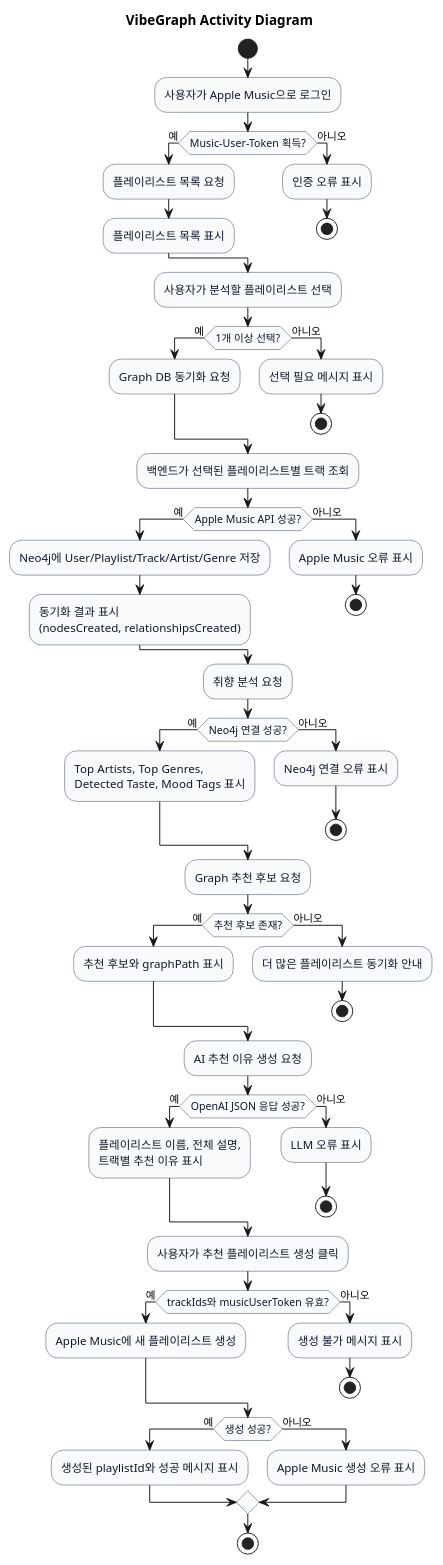
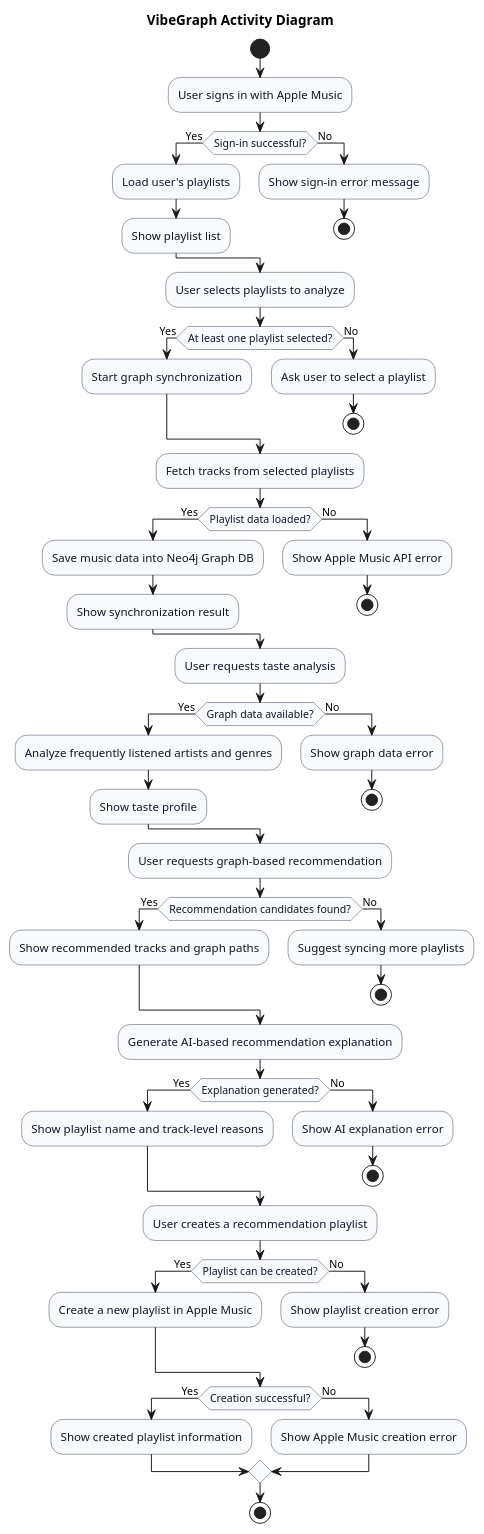
Before and after one commit to minyoy/VibeGraph: the diagram in docs/03_activity.puml, drawn with PlantUML. The commit also changed 3 other files, not shown here.

Commit message:
Translate UML docs to English and clarify models

```diff
--- a/docs/03_activity.puml
+++ b/docs/03_activity.puml
@@ -1,78 +1,79 @@
 @startuml
 title VibeGraph Activity Diagram
 
 skinparam shadowing false
 skinparam activity {
-  BackgroundColor #F8FAFC
-  BorderColor #334155
-  FontColor #0F172A
+BackgroundColor #F8FAFC
+BorderColor #334155
+FontColor #0F172A
 }
 
 start
 
-:사용자가 Apple Music으로 로그인;
-if (Music-User-Token 획득?) then (예)
-  :플레이리스트 목록 요청;
-  :플레이리스트 목록 표시;
-else (아니오)
-  :인증 오류 표시;
-  stop
+:User signs in with Apple Music;
+if (Sign-in successful?) then (Yes)
+:Load user's playlists;
+:Show playlist list;
+else (No)
+:Show sign-in error message;
+stop
 endif
 
-:사용자가 분석할 플레이리스트 선택;
-if (1개 이상 선택?) then (예)
-  :Graph DB 동기화 요청;
-else (아니오)
-  :선택 필요 메시지 표시;
-  stop
+:User selects playlists to analyze;
+if (At least one playlist selected?) then (Yes)
+:Start graph synchronization;
+else (No)
+:Ask user to select a playlist;
+stop
 endif
 
-:백엔드가 선택된 플레이리스트별 트랙 조회;
-if (Apple Music API 성공?) then (예)
-  :Neo4j에 User/Playlist/Track/Artist/Genre 저장;
-  :동기화 결과 표시\n(nodesCreated, relationshipsCreated);
-else (아니오)
-  :Apple Music 오류 표시;
-  stop
+:Fetch tracks from selected playlists;
+if (Playlist data loaded?) then (Yes)
+:Save music data into Neo4j Graph DB;
+:Show synchronization result;
+else (No)
+:Show Apple Music API error;
+stop
 endif
 
-:취향 분석 요청;
-if (Neo4j 연결 성공?) then (예)
-  :Top Artists, Top Genres,\nDetected Taste, Mood Tags 표시;
-else (아니오)
-  :Neo4j 연결 오류 표시;
-  stop
+:User requests taste analysis;
+if (Graph data available?) then (Yes)
+:Analyze frequently listened artists and genres;
+:Show taste profile;
+else (No)
+:Show graph data error;
+stop
 endif
 
-:Graph 추천 후보 요청;
-if (추천 후보 존재?) then (예)
-  :추천 후보와 graphPath 표시;
-else (아니오)
-  :더 많은 플레이리스트 동기화 안내;
-  stop
+:User requests graph-based recommendation;
+if (Recommendation candidates found?) then (Yes)
+:Show recommended tracks and graph paths;
+else (No)
+:Suggest syncing more playlists;
+stop
 endif
 
-:AI 추천 이유 생성 요청;
-if (OpenAI JSON 응답 성공?) then (예)
-  :플레이리스트 이름, 전체 설명,\n트랙별 추천 이유 표시;
-else (아니오)
-  :LLM 오류 표시;
-  stop
+:Generate AI-based recommendation explanation;
+if (Explanation generated?) then (Yes)
+:Show playlist name and track-level reasons;
+else (No)
+:Show AI explanation error;
+stop
 endif
 
-:사용자가 추천 플레이리스트 생성 클릭;
-if (trackIds와 musicUserToken 유효?) then (예)
-  :Apple Music에 새 플레이리스트 생성;
-else (아니오)
-  :생성 불가 메시지 표시;
-  stop
+:User creates a recommendation playlist;
+if (Playlist can be created?) then (Yes)
+:Create a new playlist in Apple Music;
+else (No)
+:Show playlist creation error;
+stop
 endif
 
-if (생성 성공?) then (예)
-  :생성된 playlistId와 성공 메시지 표시;
-else (아니오)
-  :Apple Music 생성 오류 표시;
+if (Creation successful?) then (Yes)
+:Show created playlist information;
+else (No)
+:Show Apple Music creation error;
 endif
 
 stop
 @enduml
```
